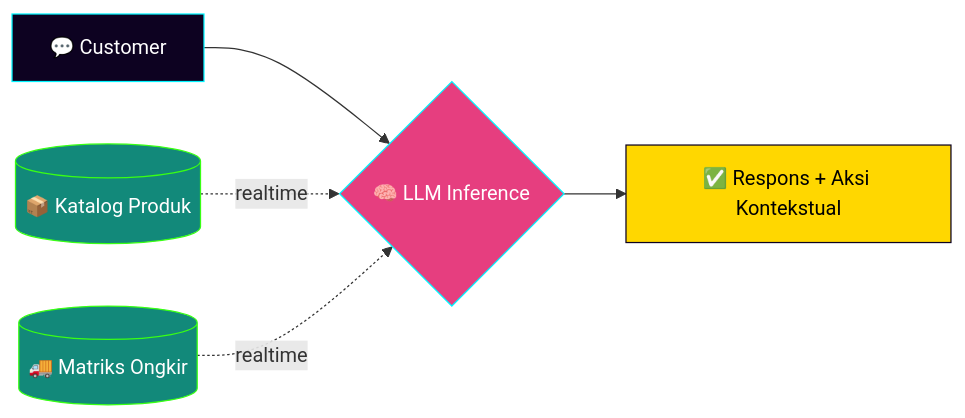
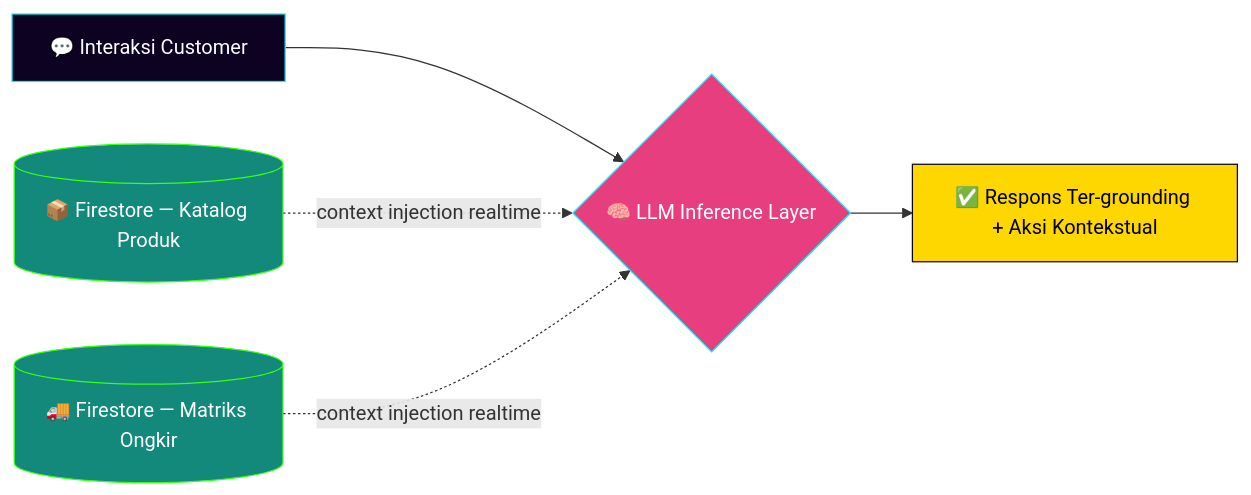
One commit to riksan762-creator/Riksan-Dropshiper changed the first of 2 diagrams in README.md. Above: the diagram before and after it, drawn with Mermaid. The commit also changed other lines of this file, not shown here.

````diff
--- a/README.md
+++ b/README.md
@@ -80,13 +63,13 @@
 ```mermaid
 graph LR
-    A[💬 Customer] --> B{🧠 LLM Inference}
-    C[(📦 Katalog Produk)] -.realtime.-> B
-    D[(🚚 Matriks Ongkir)] -.realtime.-> B
-    B --> F[✅ Respons + Aksi Kontekstual]
+    A[💬 Interaksi Customer] --> B{🧠 LLM Inference Layer}
+    C[(📦 Firestore — Katalog Produk)] -.context injection realtime.-> B
+    D[(🚚 Firestore — Matriks Ongkir)] -.context injection realtime.-> B
+    B --> F[✅ Respons Ter-grounding + Aksi Kontekstual]
 
     style A fill:#0D0221,stroke:#00F5FF,color:#fff
     style B fill:#E63E7F,stroke:#00F5FF,color:#fff
     style C fill:#12897A,stroke:#39FF14,color:#fff
     style D fill:#12897A,stroke:#39FF14,color:#fff
     style F fill:#FFD700,stroke:#0D0221,color:#000
 ```
````
